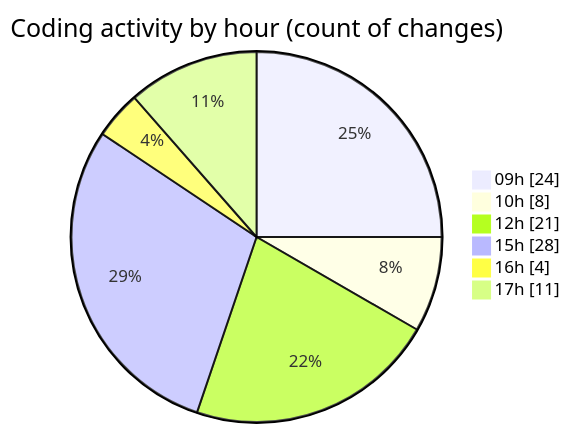
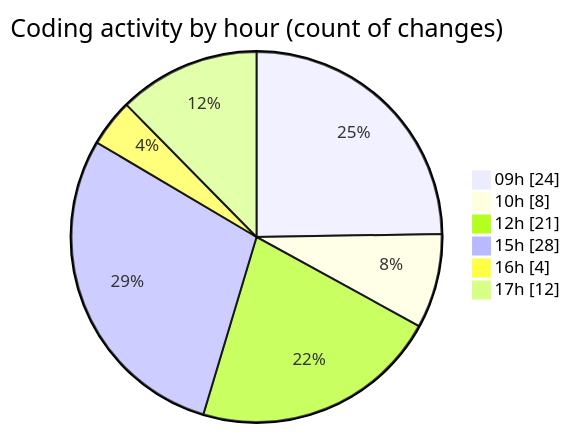
One commit to lephambinh05/code-tracking changed the second of 2 diagrams in 2025-08-18/rentotp/README.md. Above: the diagram before and after it, drawn with Mermaid. The commit also changed other lines of this file and 1 other file, not shown here.

````diff
--- a/2025-08-18/rentotp/README.md
+++ b/2025-08-18/rentotp/README.md
@@ -63,10 +63,10 @@
 ```mermaid
 pie showData
 title Coding activity by hour (count of changes)
 "09h" : 24
 "10h" : 8
 "12h" : 21
 "15h" : 28
 "16h" : 4
-"17h" : 11
+"17h" : 12
 ```
````
